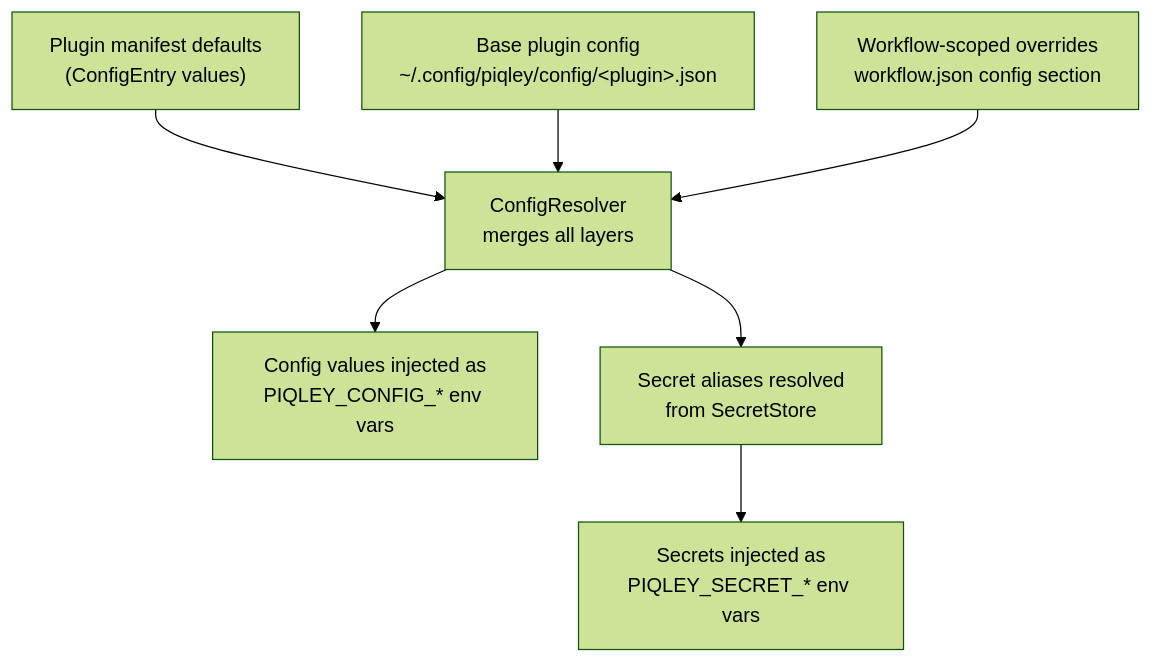
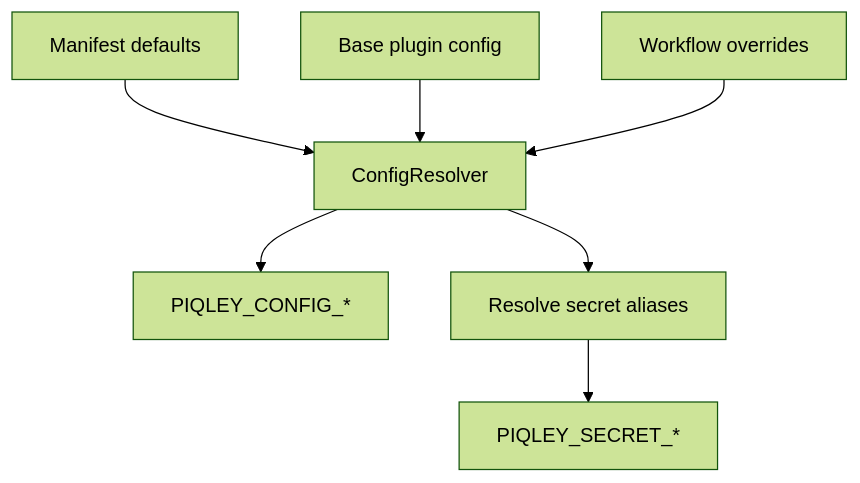
Before and after one commit to josephquigley/piqley-cli: the first of 2 diagrams in docs/architecture/config-and-workflows.md, drawn with Mermaid (forest theme). The commit also changed other lines of this file and 4 other files, not shown here.

First line of the commit message:
fix: shorten mermaid diagram labels to prevent clipping

````diff
--- a/docs/architecture/config-and-workflows.md
+++ b/docs/architecture/config-and-workflows.md
@@ -9,10 +9,10 @@
 ```mermaid
 flowchart TD
-    A["Plugin manifest defaults\n(ConfigEntry values)"] --> D
-    B["Base plugin config\n~/.config/piqley/config/&lt;plugin&gt;.json"] --> D
-    C["Workflow-scoped overrides\nworkflow.json config section"] --> D
-    D["ConfigResolver\nmerges all layers"]
-    D --> E["Config values injected as\nPIQLEY_CONFIG_* env vars"]
-    D --> F["Secret aliases resolved\nfrom SecretStore"]
-    F --> G["Secrets injected as\nPIQLEY_SECRET_* env vars"]
+    A["Manifest defaults"] --> D
+    B["Base plugin config"] --> D
+    C["Workflow overrides"] --> D
+    D["ConfigResolver"]
+    D --> E["PIQLEY_CONFIG_*"]
+    D --> F["Resolve secret aliases"]
+    F --> G["PIQLEY_SECRET_*"]
 ```
````
